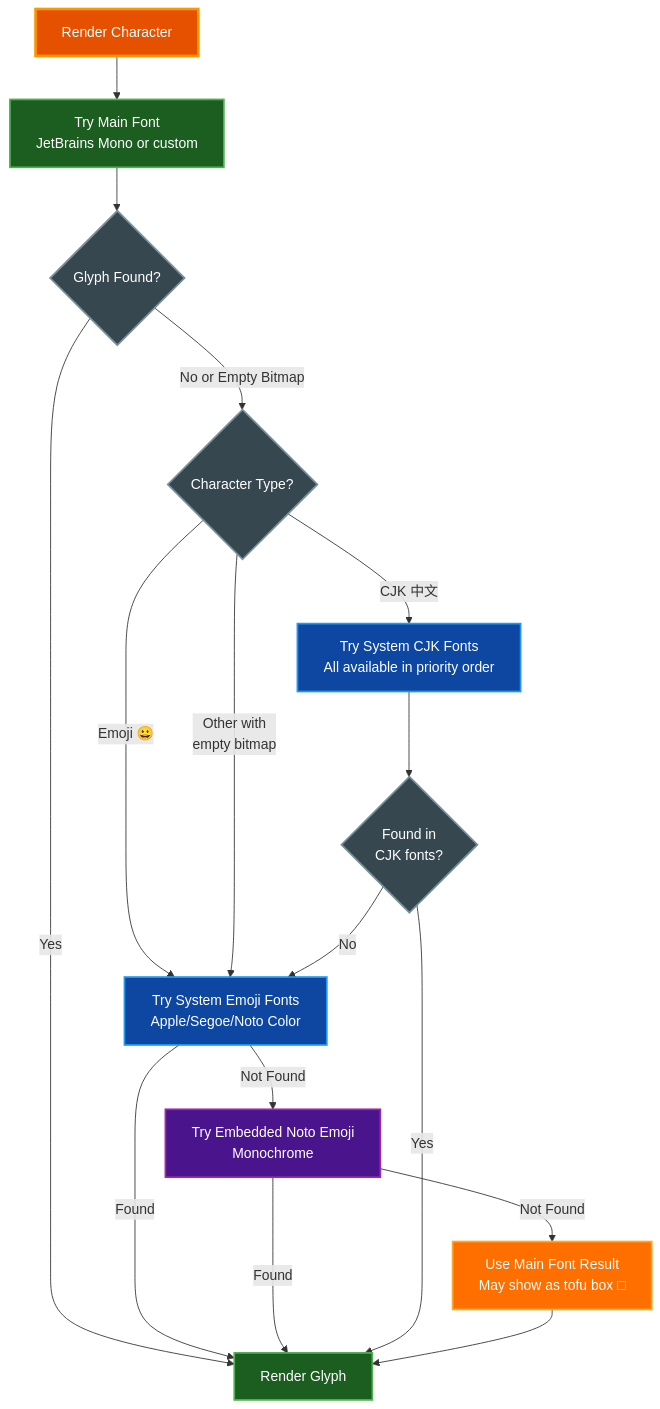
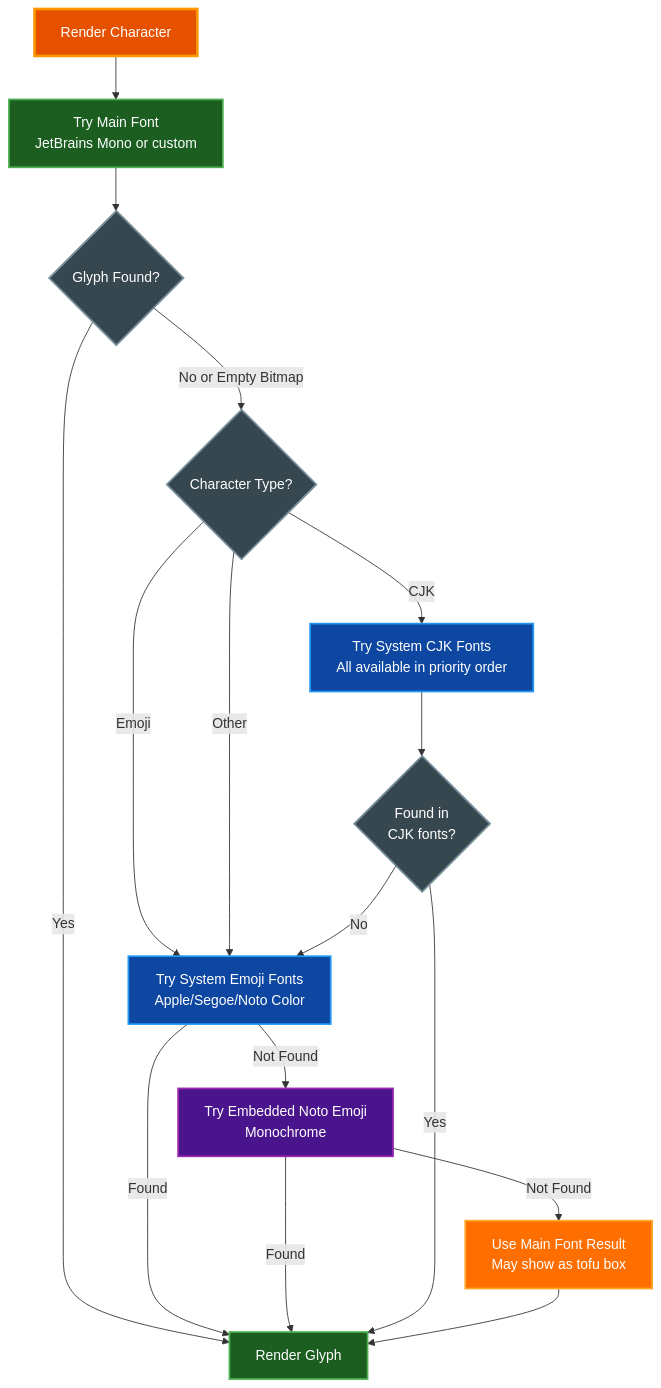
Before and after one commit to paulrobello/par-term-emu-core-rust: the diagram in docs/FONTS.md, drawn with Mermaid. The commit also changed other lines of this file and 42 other files, not shown here.

````diff
--- a/docs/FONTS.md
+++ b/docs/FONTS.md
@@ -68,45 +70,45 @@
 ```mermaid
 graph TD
     Start[Render Character]
     TryMain[Try Main Font<br/>JetBrains Mono or custom]
     CheckSuccess{Glyph Found?}
 
     CheckType{Character Type?}
     TrySystemEmoji[Try System Emoji Fonts<br/>Apple/Segoe/Noto Color]
     TryEmbeddedEmoji[Try Embedded Noto Emoji<br/>Monochrome]
     TryCJK[Try System CJK Fonts<br/>All available in priority order]
     CheckEmojiAfterCJK{Found in<br/>CJK fonts?}
-    FinalFallback[Use Main Font Result<br/>May show as tofu box □]
+    FinalFallback[Use Main Font Result<br/>May show as tofu box]
     Success[Render Glyph]
 
     Start --> TryMain
     TryMain --> CheckSuccess
     CheckSuccess -->|Yes| Success
     CheckSuccess -->|No or Empty Bitmap| CheckType
 
-    CheckType -->|Emoji 😀| TrySystemEmoji
-    CheckType -->|CJK 中文| TryCJK
-    CheckType -->|Other with<br/>empty bitmap| TrySystemEmoji
+    CheckType -->|Emoji| TrySystemEmoji
+    CheckType -->|CJK| TryCJK
+    CheckType -->|Other| TrySystemEmoji
 
     TrySystemEmoji -->|Found| Success
     TrySystemEmoji -->|Not Found| TryEmbeddedEmoji
     TryEmbeddedEmoji -->|Found| Success
     TryEmbeddedEmoji -->|Not Found| FinalFallback
 
     TryCJK --> CheckEmojiAfterCJK
     CheckEmojiAfterCJK -->|Yes| Success
     CheckEmojiAfterCJK -->|No| TrySystemEmoji
 
     FinalFallback --> Success
 
     style Start fill:#e65100,stroke:#ff9800,stroke-width:3px,color:#ffffff
     style TryMain fill:#1b5e20,stroke:#4caf50,stroke-width:2px,color:#ffffff
     style TrySystemEmoji fill:#0d47a1,stroke:#2196f3,stroke-width:2px,color:#ffffff
     style TryCJK fill:#0d47a1,stroke:#2196f3,stroke-width:2px,color:#ffffff
     style TryEmbeddedEmoji fill:#4a148c,stroke:#9c27b0,stroke-width:2px,color:#ffffff
     style Success fill:#1b5e20,stroke:#4caf50,stroke-width:2px,color:#ffffff
     style FinalFallback fill:#ff6f00,stroke:#ffa726,stroke-width:2px,color:#ffffff
     style CheckSuccess fill:#37474f,stroke:#78909c,stroke-width:2px,color:#ffffff
     style CheckType fill:#37474f,stroke:#78909c,stroke-width:2px,color:#ffffff
     style CheckEmojiAfterCJK fill:#37474f,stroke:#78909c,stroke-width:2px,color:#ffffff
 ```
````
